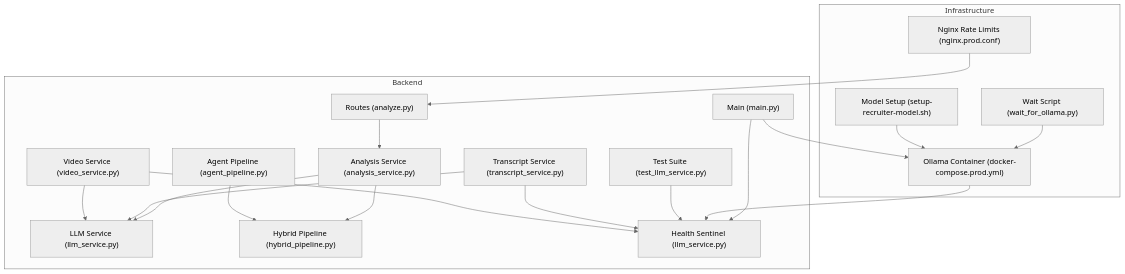
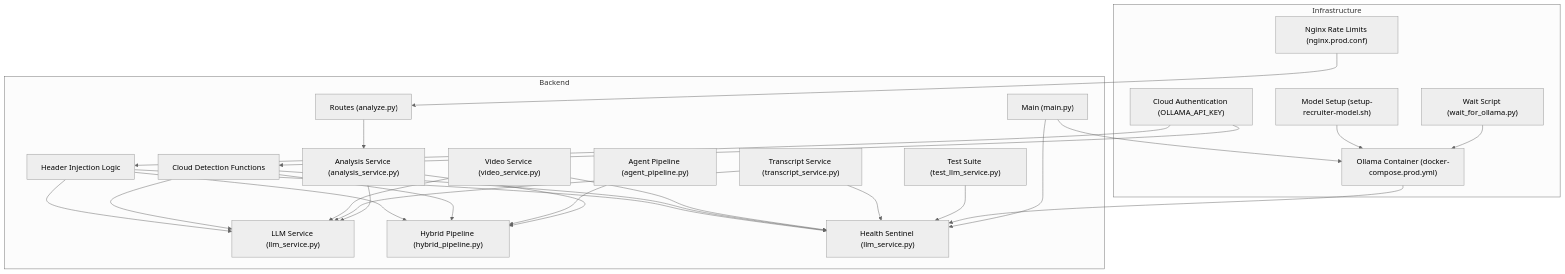
The first of 15 diagrams in .qoder/repowiki/en/content/Analysis Engine/LLM Service Integration.md (Revanththetalogics/aireume), drawn with Mermaid (neutral theme) before and after one commit. The commit also changed other lines of this file and 11 other files, not shown here.

````diff
--- a/.qoder/repowiki/en/content/Analysis Engine/LLM Service Integration.md
+++ b/.qoder/repowiki/en/content/Analysis Engine/LLM Service Integration.md
@@ -53,36 +56,47 @@
 ```mermaid
 graph TB
 subgraph "Backend"
 A["Routes (analyze.py)"]
 B["Analysis Service (analysis_service.py)"]
 C["LLM Service (llm_service.py)"]
 D["Hybrid Pipeline (hybrid_pipeline.py)"]
 E["Main (main.py)"]
 F["Agent Pipeline (agent_pipeline.py)"]
 G["Health Sentinel (llm_service.py)"]
 H["Test Suite (test_llm_service.py)"]
 I["Transcript Service (transcript_service.py)"]
 J["Video Service (video_service.py)"]
+K["Cloud Detection Functions"]
+L["Header Injection Logic"]
 end
 subgraph "Infrastructure"
-K["Ollama Container (docker-compose.prod.yml)"]
-L["Nginx Rate Limits (nginx.prod.conf)"]
-M["Wait Script (wait_for_ollama.py)"]
-N["Model Setup (setup-recruiter-model.sh)"]
+M["Ollama Container (docker-compose.prod.yml)"]
+N["Nginx Rate Limits (nginx.prod.conf)"]
+O["Wait Script (wait_for_ollama.py)"]
+P["Model Setup (setup-recruiter-model.sh)"]
+Q["Cloud Authentication (OLLAMA_API_KEY)"]
 end
 A --> B
 B --> C
 B --> D
-E --> K
+E --> M
 E --> G
-K --> G
-L --> A
+M --> G
+N --> A
 F --> D
-M --> K
-N --> K
+O --> M
+P --> M
 H --> G
 I --> C
 I --> G
 J --> C
 J --> G
+K --> C
+K --> D
+K --> G
+L --> C
+L --> D
+L --> G
+Q --> K
+Q --> L
 ```
````
